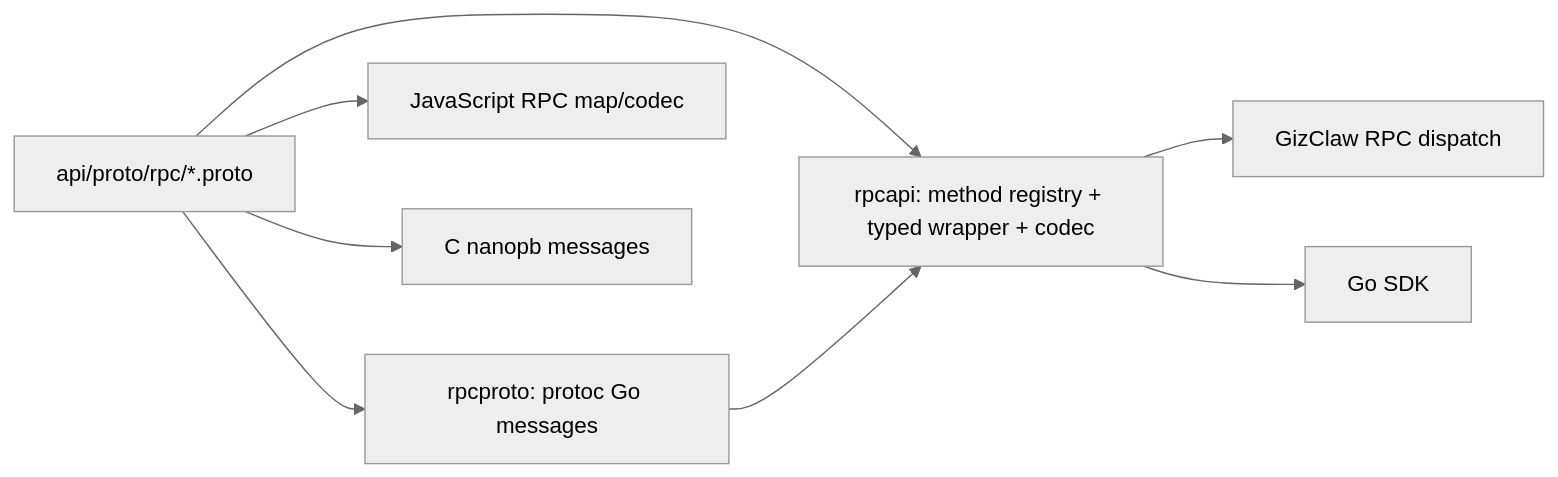
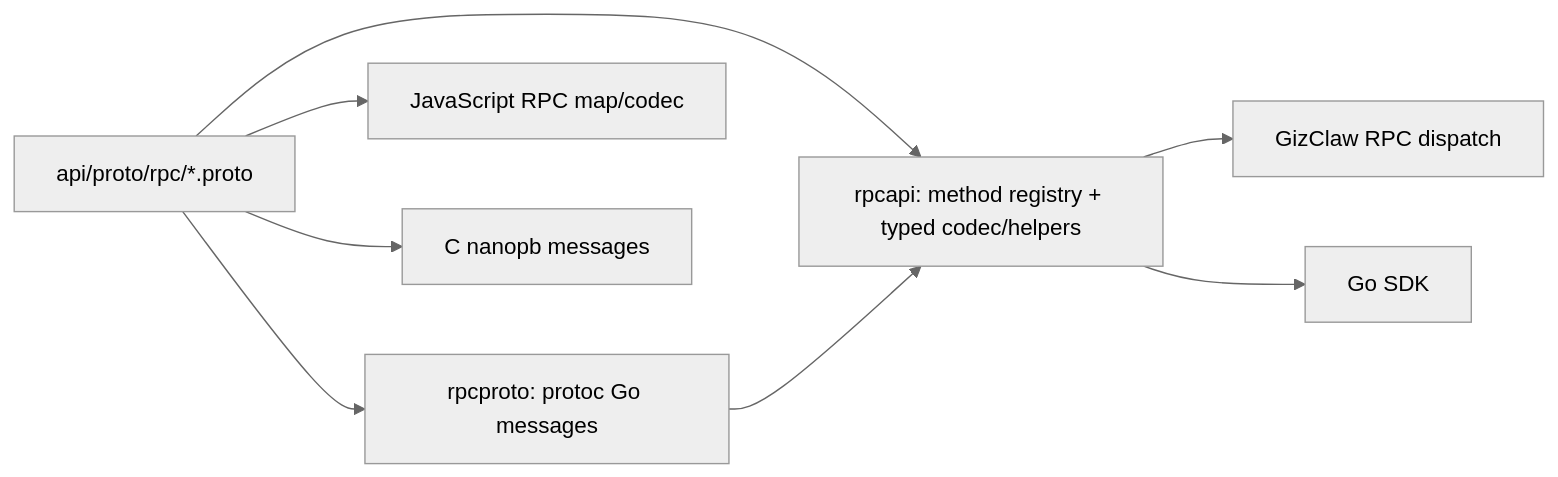
Before and after one commit to GizClaw/gizclaw: the diagram in guides/zh/developing/api/proto/rpc/overview.md, drawn with Mermaid (neutral theme). The commit also changed other lines of this file and 41 other files, not shown here.

````diff
--- a/guides/zh/developing/api/proto/rpc/overview.md
+++ b/guides/zh/developing/api/proto/rpc/overview.md
@@ -28,10 +28,10 @@
 ```mermaid
 flowchart LR
     Proto["api/proto/rpc/*.proto"] --> RPCProto["rpcproto: protoc Go messages"]
-    Proto --> RPCAPI["rpcapi: method registry + typed wrapper + codec"]
+    Proto --> RPCAPI["rpcapi: method registry + typed codec/helpers"]
     Proto --> JS["JavaScript RPC map/codec"]
     Proto --> C["C nanopb messages"]
     RPCProto --> RPCAPI
     RPCAPI --> Server["GizClaw RPC dispatch"]
     RPCAPI --> GoSDK["Go SDK"]
 ```
````
